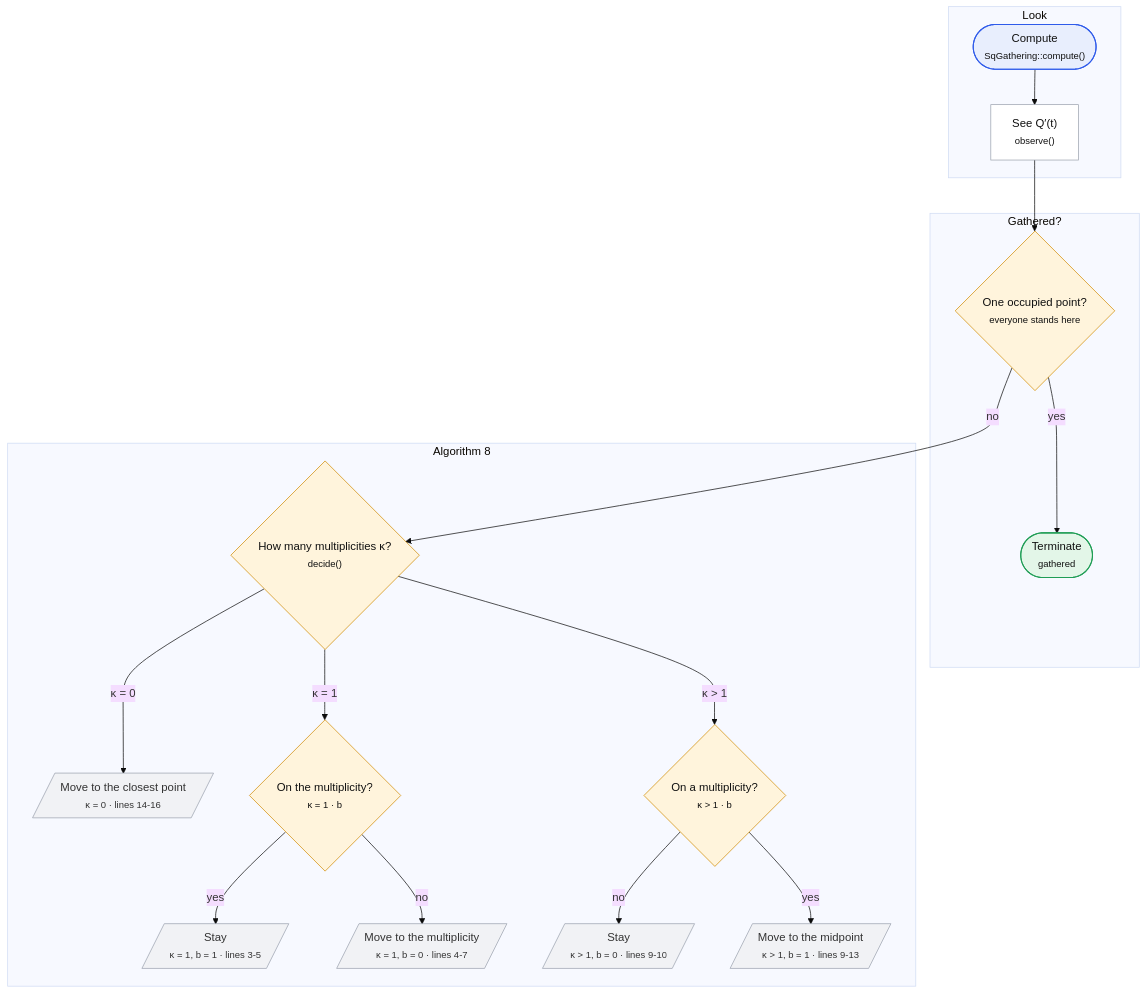
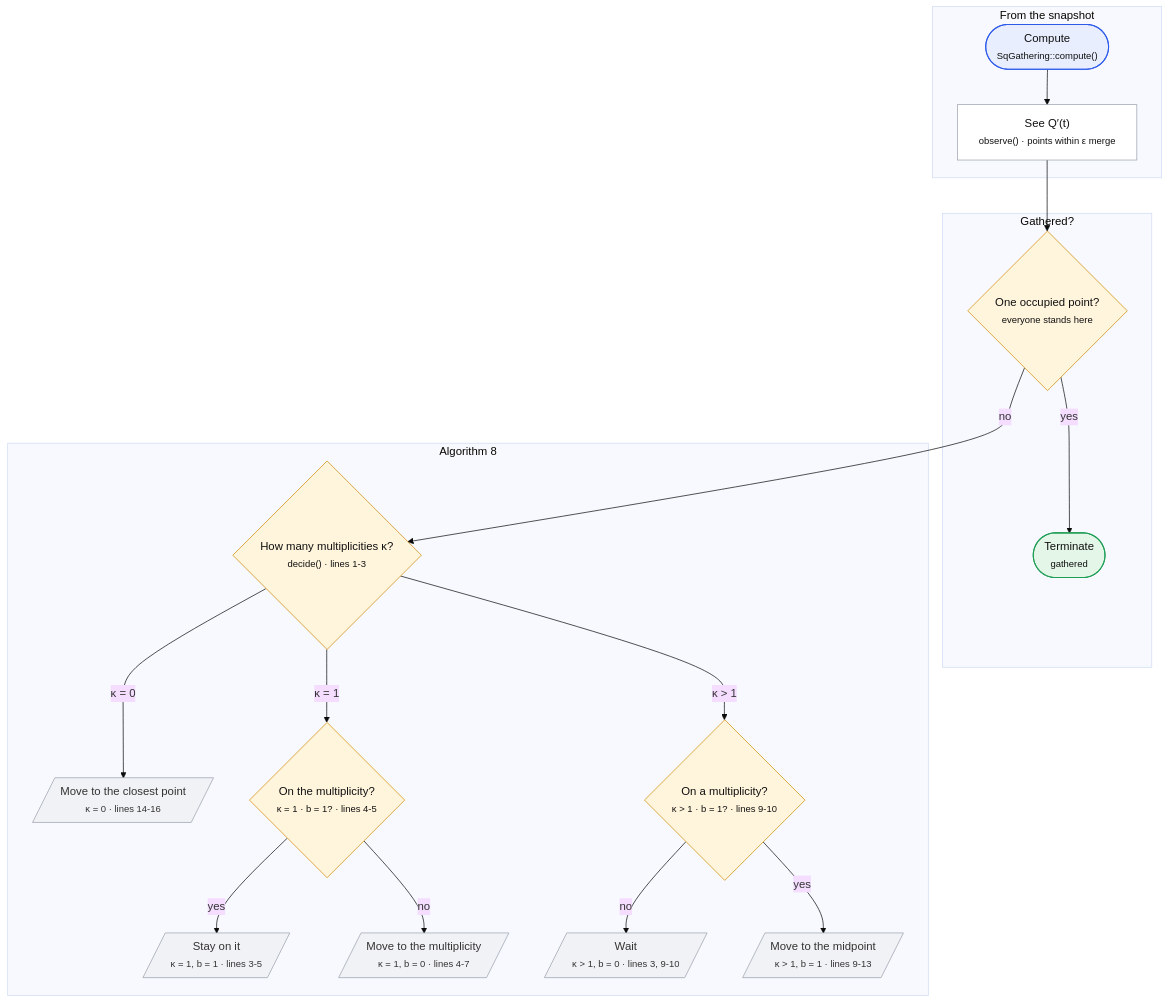
The sixth of 6 diagrams in docs/flowcharts.md (drdebmath/LCMmodel), drawn with Mermaid (base theme) before and after one commit. The commit also changed other lines of this file and 2 other files, not shown here.

First line of the commit message:
Flowchart 6: fix the κ = 0 wording, distinct step titles, hand-offs to charts 2 and 5

````diff
--- a/docs/flowcharts.md
+++ b/docs/flowcharts.md
@@ -1422,49 +1422,49 @@
 ```mermaid
 flowchart TD
     classDef k_entry fill:#e8eefd,stroke:#2f5bea,color:#111,stroke-width:1.5px
     classDef k_step fill:#ffffff,stroke:#9aa1ad,color:#111
     classDef k_decision fill:#fff4dc,stroke:#d18b00,color:#111
     classDef k_end fill:#e3f6e8,stroke:#1f9d55,color:#111,stroke-width:1.5px
     classDef k_out fill:#f1f2f5,stroke:#9aa1ad,color:#333
-    subgraph lane0["Look"]
+    subgraph lane0["From the snapshot"]
         q_comp(["Compute<br/><small>SqGathering::compute()</small>"])
-        q_obs["See Q′(t)<br/><small>observe()</small>"]
+        q_obs["See Q′(t)<br/><small>observe() · points within ε merge</small>"]
     end
     subgraph lane1["Gathered?"]
         q_one{"One occupied point?<br/><small>everyone stands here</small>"}
         q_term(["Terminate<br/><small>gathered</small>"])
     end
     subgraph lane2["Algorithm 8"]
-        q_kappa{"How many multiplicities κ?<br/><small>decide()</small>"}
+        q_kappa{"How many multiplicities κ?<br/><small>decide() · lines 1-3</small>"}
         q_k0[/"Move to the closest point<br/><small>κ = 0 · lines 14-16</small>"/]
-        q_k1{"On the multiplicity?<br/><small>κ = 1 · b</small>"}
-        q_km{"On a multiplicity?<br/><small>κ &gt; 1 · b</small>"}
-        q_hold[/"Stay<br/><small>κ = 1, b = 1 · lines 3-5</small>"/]
+        q_k1{"On the multiplicity?<br/><small>κ = 1 · b = 1? · lines 4-5</small>"}
+        q_km{"On a multiplicity?<br/><small>κ &gt; 1 · b = 1? · lines 9-10</small>"}
+        q_hold[/"Stay on it<br/><small>κ = 1, b = 1 · lines 3-5</small>"/]
         q_join[/"Move to the multiplicity<br/><small>κ = 1, b = 0 · lines 4-7</small>"/]
-        q_wait[/"Stay<br/><small>κ &gt; 1, b = 0 · lines 9-10</small>"/]
+        q_wait[/"Wait<br/><small>κ &gt; 1, b = 0 · lines 3, 9-10</small>"/]
         q_leave[/"Move to the midpoint<br/><small>κ &gt; 1, b = 1 · lines 9-13</small>"/]
     end
     class q_comp k_entry
     class q_obs k_step
     class q_one k_decision
     class q_term k_end
     class q_kappa k_decision
     class q_k0 k_out
     class q_k1 k_decision
     class q_km k_decision
     class q_hold k_out
     class q_join k_out
     class q_wait k_out
     class q_leave k_out
     q_comp --> q_obs
     q_obs --> q_one
     q_one -- "yes" --> q_term
     q_one -- "no" --> q_kappa
     q_kappa -- "κ = 0" --> q_k0
     q_kappa -- "κ = 1" --> q_k1
     q_kappa -- "κ &gt; 1" --> q_km
     q_k1 -- "yes" --> q_hold
     q_k1 -- "no" --> q_join
     q_km -- "no" --> q_wait
     q_km -- "yes" --> q_leave
 ```
````
